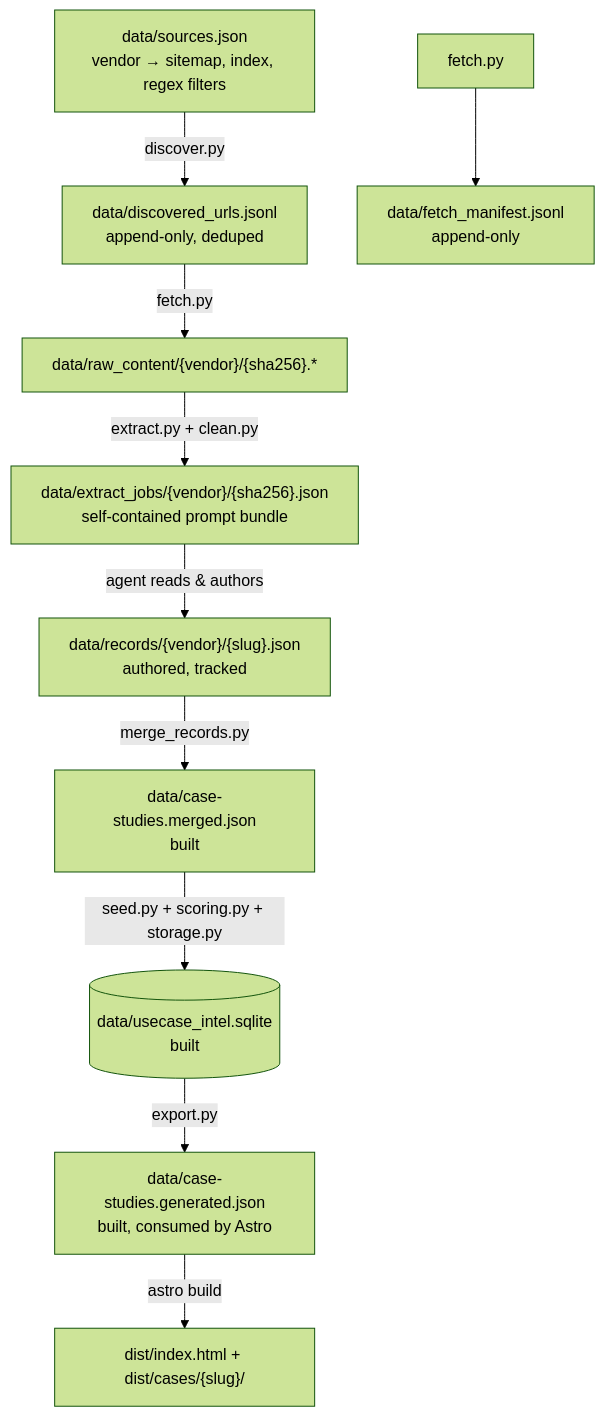
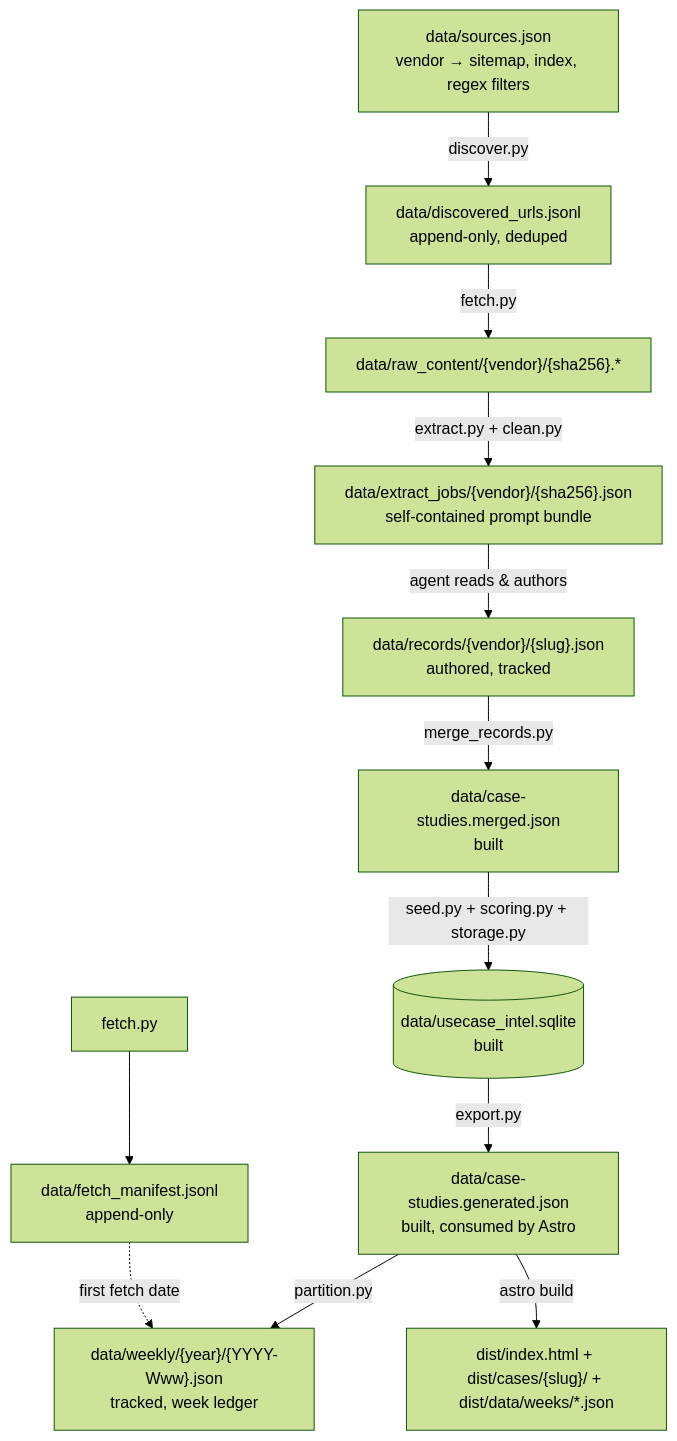
The second of 2 diagrams in ARCHITECTURE.md (vibewatch/usecase), drawn with Mermaid (forest theme) before and after one commit. The commit also changed other lines of this file and 29 other files, not shown here.

````diff
--- a/ARCHITECTURE.md
+++ b/ARCHITECTURE.md
@@ -55,23 +55,26 @@
 ```mermaid
 flowchart TD
   src[data/sources.json<br/>vendor → sitemap, index, regex filters]
   disc[data/discovered_urls.jsonl<br/>append-only, deduped]
   raw[data/raw_content/&lcub;vendor&rcub;/&lcub;sha256&rcub;.*]
   manifest[data/fetch_manifest.jsonl<br/>append-only]
   job[data/extract_jobs/&lcub;vendor&rcub;/&lcub;sha256&rcub;.json<br/>self-contained prompt bundle]
   rec[data/records/&lcub;vendor&rcub;/&lcub;slug&rcub;.json<br/>authored, tracked]
   merged[data/case-studies.merged.json<br/>built]
   db[(data/usecase_intel.sqlite<br/>built)]
   gen[data/case-studies.generated.json<br/>built, consumed by Astro]
-  dash[dist/index.html + dist/cases/&lcub;slug&rcub;/]
+  weekly[data/weekly/&lcub;year&rcub;/&lcub;YYYY-Www&rcub;.json<br/>tracked, week ledger]
+  dash[dist/index.html + dist/cases/&lcub;slug&rcub;/ + dist/data/weeks/*.json]
 
   src -- discover.py --> disc
   disc -- fetch.py --> raw
   fetch.py --> manifest
   raw -- extract.py + clean.py --> job
   job -- "agent reads & authors" --> rec
   rec -- merge_records.py --> merged
   merged -- seed.py + scoring.py + storage.py --> db
   db -- export.py --> gen
+  gen -- partition.py --> weekly
+  manifest -. first fetch date .-> weekly
   gen -- astro build --> dash
 ```
````
